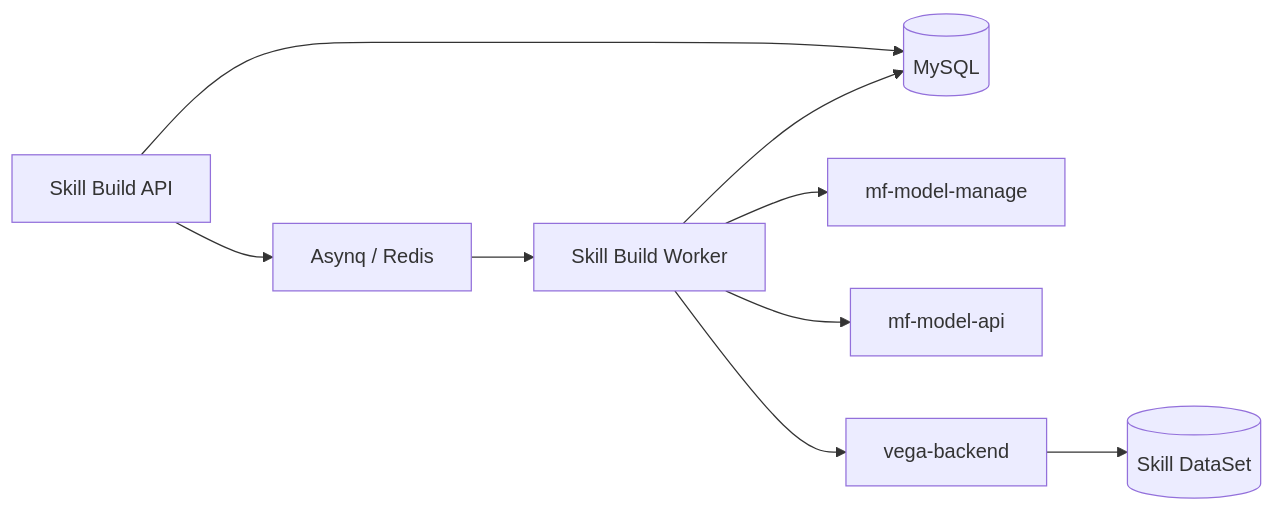
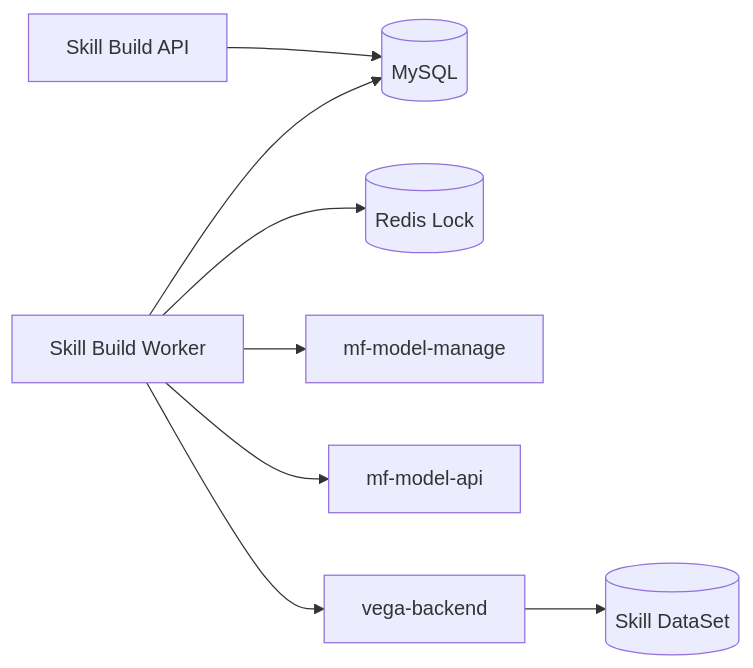
The second of 4 diagrams in adp/execution-factory/operator-integration/docs/design/features/skill_dataset_rebuild_and_incremental_build.md (kweaver-ai/kweaver-core), drawn with Mermaid before and after one commit. The commit also changed other lines of this file and 3 other files, not shown here.

````diff
--- a/adp/execution-factory/operator-integration/docs/design/features/skill_dataset_rebuild_and_incremental_build.md
+++ b/adp/execution-factory/operator-integration/docs/design/features/skill_dataset_rebuild_and_incremental_build.md
@@ -131,11 +120,10 @@
 ```mermaid
 flowchart LR
     API[Skill Build API] --> DB[(MySQL)]
-    API --> AQ[Asynq / Redis]
-    AQ --> Worker[Skill Build Worker]
-    Worker --> DB
+    Worker[Skill Build Worker] --> DB
+    Worker --> Lock[(Redis Lock)]
     Worker --> ModelMgr[mf-model-manage]
     Worker --> ModelAPI[mf-model-api]
     Worker --> Vega[vega-backend]
     Vega --> DS[(Skill DataSet)]
 ```
````
